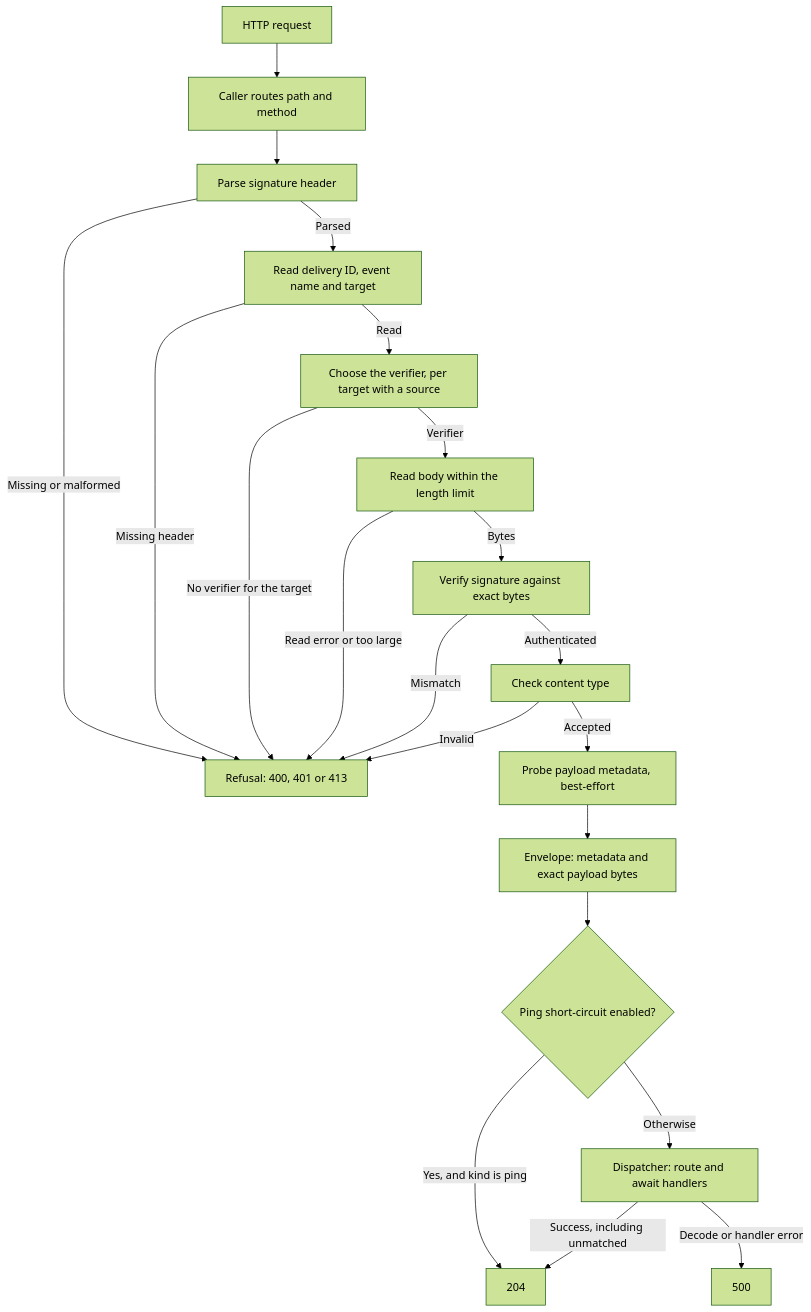
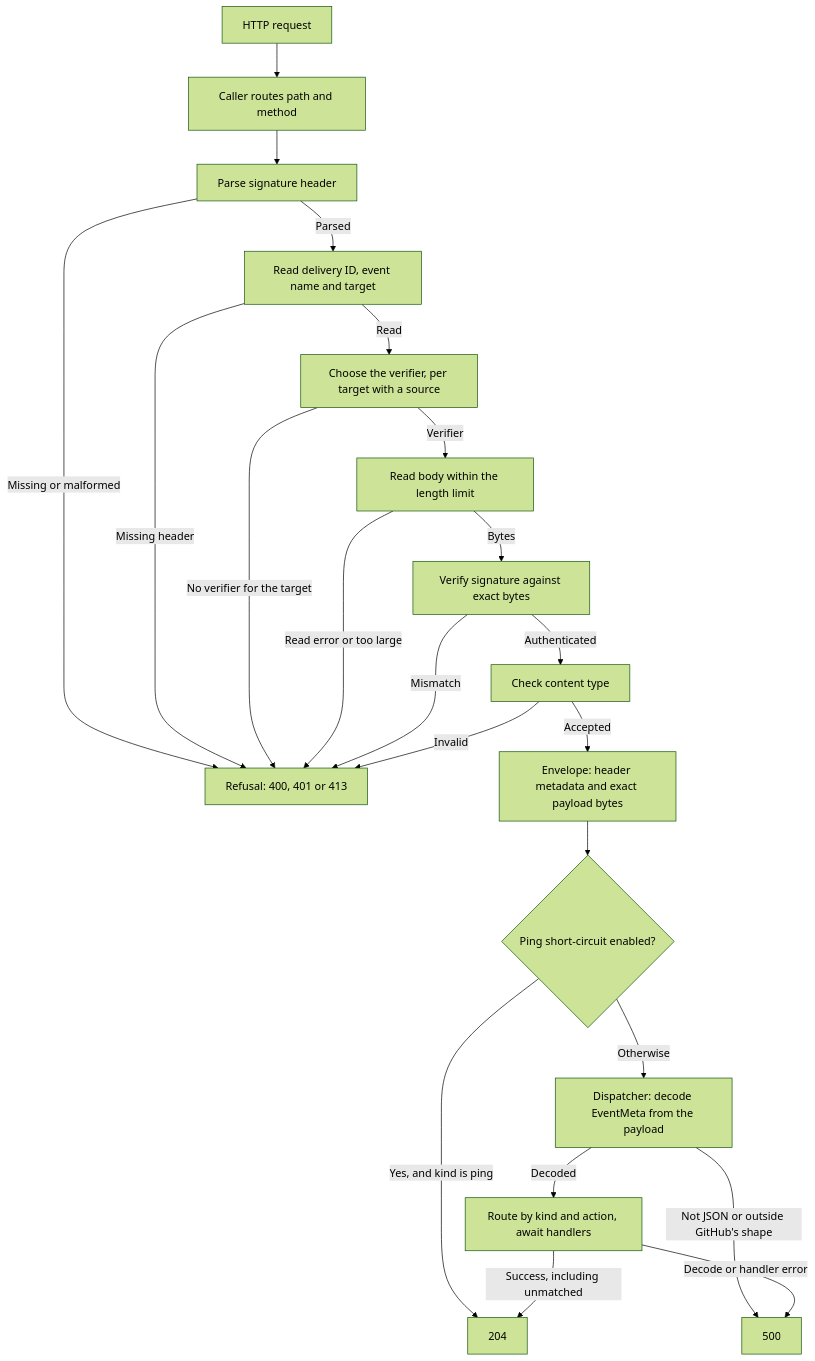
Before and after one commit to sagikazarmark/octoevents: the first of 3 diagrams in docs/guide.md, drawn with Mermaid (forest theme). The commit also changed other lines of this file and 32 other files, not shown here.

````diff
--- a/docs/guide.md
+++ b/docs/guide.md
@@ -22,23 +22,24 @@
 ```mermaid
 flowchart TD
     Request[HTTP request] --> Router[Caller routes path and method]
     Router --> Signature[Parse signature header]
     Signature -->|Missing or malformed| Refusal[Refusal: 400, 401 or 413]
     Signature -->|Parsed| Meta[Read delivery ID, event name and target]
     Meta -->|Missing header| Refusal
     Meta -->|Read| Source[Choose the verifier, per target with a source]
     Source -->|No verifier for the target| Refusal
     Source -->|Verifier| Body[Read body within the length limit]
     Body -->|Read error or too large| Refusal
     Body -->|Bytes| Verify[Verify signature against exact bytes]
     Verify -->|Mismatch| Refusal
     Verify -->|Authenticated| Headers[Check content type]
     Headers -->|Invalid| Refusal
-    Headers -->|Accepted| Probe[Probe payload metadata, best-effort]
-    Probe --> Envelope[Envelope: metadata and exact payload bytes]
+    Headers -->|Accepted| Envelope[Envelope: header metadata and exact payload bytes]
     Envelope --> Ping{Ping short-circuit enabled?}
     Ping -->|Yes, and kind is ping| Success[204]
-    Ping -->|Otherwise| Dispatch[Dispatcher: route and await handlers]
+    Ping -->|Otherwise| Decode[Dispatcher: decode EventMeta from the payload]
+    Decode -->|Not JSON or outside GitHub's shape| Failure[500]
+    Decode -->|Decoded| Dispatch[Route by kind and action, await handlers]
     Dispatch -->|Success, including unmatched| Success
-    Dispatch -->|Decode or handler error| Failure[500]
+    Dispatch -->|Decode or handler error| Failure
 ```
````
